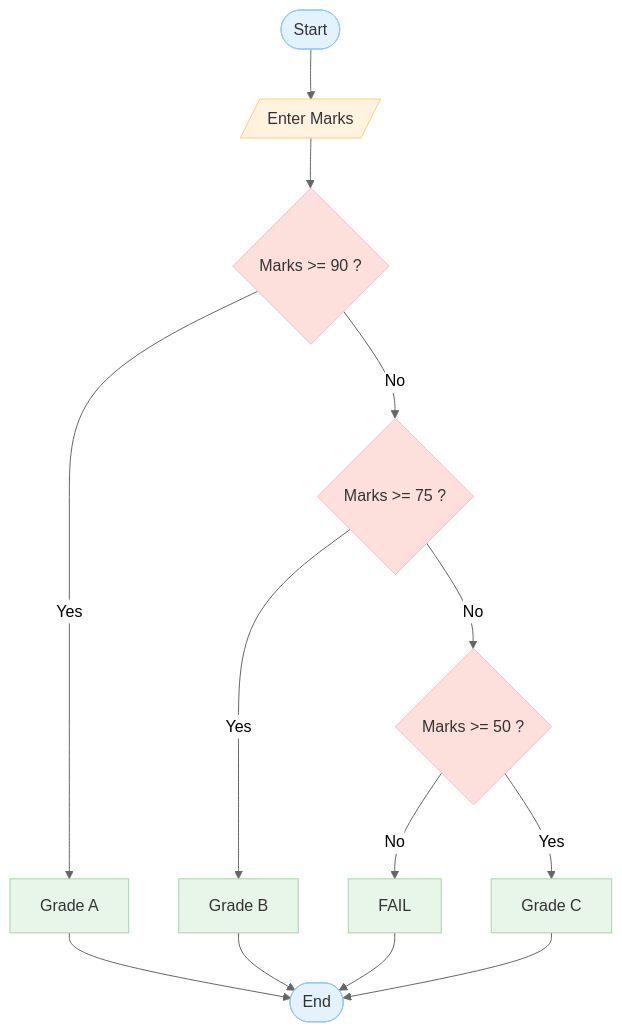
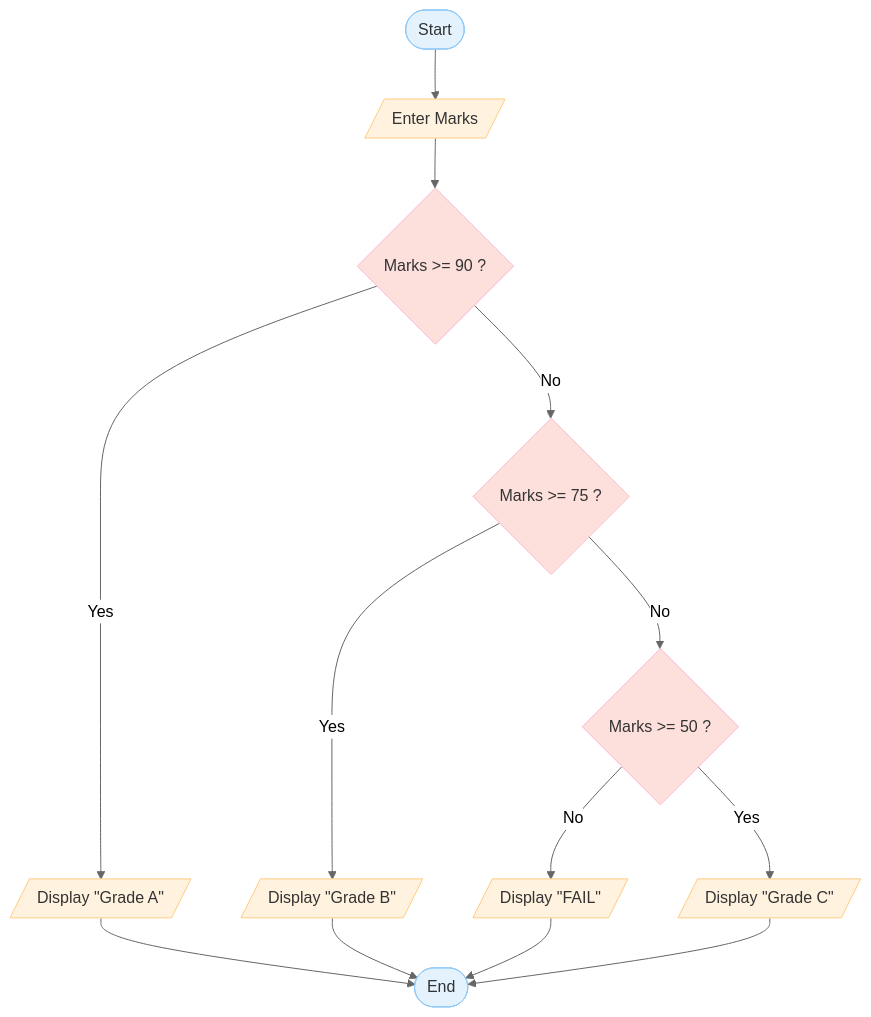
One commit to joelBIT/workshop-pseudocode-flowcharts changed the second of 9 diagrams in README.md. Above: the diagram before and after it, drawn with Mermaid (neutral theme). The commit also changed other lines of this file, not shown here.

````diff
--- a/README.md
+++ b/README.md
@@ -88,20 +88,19 @@
 ```mermaid
 flowchart TD
     A([Start]):::term --> B[/Enter Marks/]:::io
     B --> C{Marks >= 90 ?}:::dec
     C -- No --> D{Marks >= 75 ?}:::dec
-    C -- Yes --> E[Grade A]:::proc
+    C -- Yes --> E[/Display "Grade A"/]:::io
     E --> X([End]):::term
     D -- No --> F{Marks >= 50 ?}:::dec
-    D -- Yes --> G[Grade B]:::proc
+    D -- Yes --> G[/ Display "Grade B"/]:::io
     G --> X([End]):::term
-    F -- No --> H[FAIL]:::proc
-    F -- Yes --> I[Grade C]:::proc
+    F -- No --> H[/Display "FAIL"/]:::io
+    F -- Yes --> I[/Display "Grade C"/]:::io
     H --> X([End]):::term
     I --> X([End]):::term
 
 classDef term fill:#e3f2fd,stroke:#90caf9,color:#333,stroke-width:1px;
 classDef io fill:#fff3e0,stroke:#ffcc80,color:#333,stroke-width:1px;
 classDef dec fill:#fde0dc,stroke:#f8bbd0,color:#333,stroke-width:1px;
-classDef proc fill:#e8f5e9,stroke:#a5d6a7,color:#333,stroke-width:1px;
 ```
````
